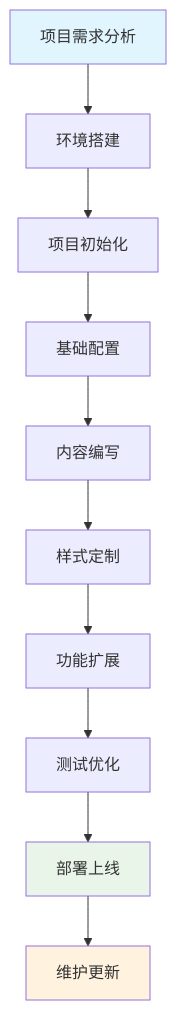
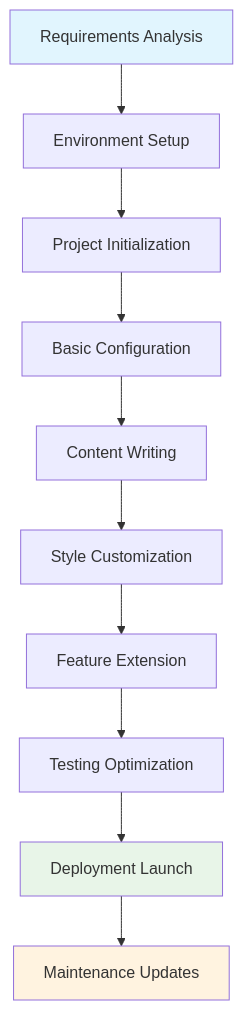
Before and after one commit to ChanMeng666/ai-programming-teaching-project: the first of 10 diagrams in i18n/en/docusaurus-plugin-content-docs/version-2024-winter/tutorials/docusaurus-tutorial.mdx, drawn with Mermaid. The commit also changed other lines of this file and 11 other files, not shown here.

````diff
--- a/i18n/en/docusaurus-plugin-content-docs/version-2024-winter/tutorials/docusaurus-tutorial.mdx
+++ b/i18n/en/docusaurus-plugin-content-docs/version-2024-winter/tutorials/docusaurus-tutorial.mdx
@@ -33,16 +33,16 @@
 ```mermaid
 graph TD
-    A[项目需求分析] --> B[环境搭建]
-    B --> C[项目初始化]
-    C --> D[基础配置]
-    D --> E[内容编写]
-    E --> F[样式定制]
-    F --> G[功能扩展]
-    G --> H[测试优化]
-    H --> I[部署上线]
-    I --> J[维护更新]
-    
+    A[Requirements Analysis] --> B[Environment Setup]
+    B --> C[Project Initialization]
+    C --> D[Basic Configuration]
+    D --> E[Content Writing]
+    E --> F[Style Customization]
+    F --> G[Feature Extension]
+    G --> H[Testing Optimization]
+    H --> I[Deployment Launch]
+    I --> J[Maintenance Updates]
+
     style A fill:#e1f5fe
     style I fill:#e8f5e8
     style J fill:#fff3e0
 ```
````
